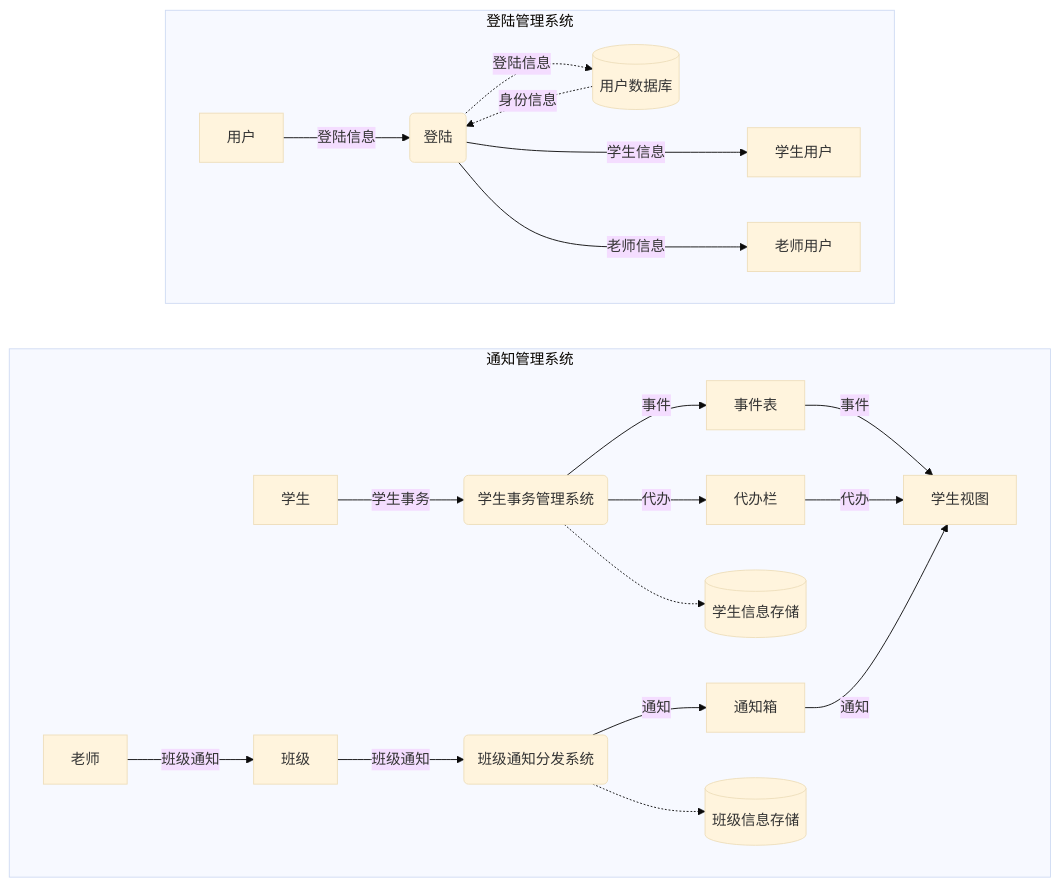
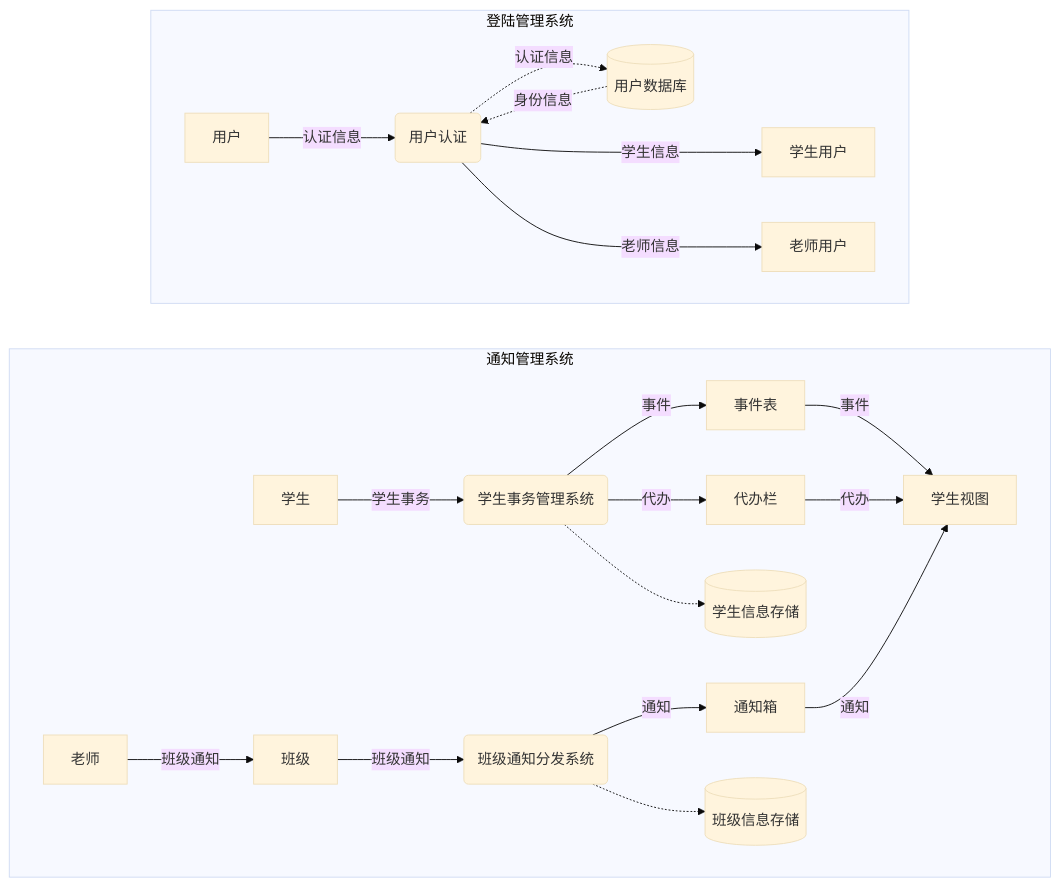
Before and after one commit to Group-Lynx/grid: the diagram in doc/need-anal/func-lv2.mmd, drawn with Mermaid (base theme).

Commit message:
更新：登陆系统

```diff
--- a/doc/need-anal/func-lv2.mmd
+++ b/doc/need-anal/func-lv2.mmd
@@ -1,48 +1,48 @@
 flowchart LR
     subgraph InfoSys["通知管理系统"]
         direction LR
 
         Student["学生"]
         Teacher["老师"]
         Class["班级"]
         StudentView["学生视图"]
         EventView["事件表"]
         TodoView["代办栏"]
         MsgView["通知箱"]
         EventDistribute("班级通知分发系统")
         EventCenter("学生事务管理系统")
         StudentDB[("学生信息存储")]
         ClassDB[("班级信息存储")]
 
         Student -->|"学生事务"| EventCenter
         EventCenter -->|"事件"| EventView
         EventCenter -->|"代办"| TodoView
 
         Teacher -->|"班级通知"| Class -->|"班级通知"| EventDistribute -->|"通知"| MsgView
 
         EventView -->|"事件"| StudentView
         TodoView -->|"代办"| StudentView
         MsgView -->|"通知"| StudentView
 
         EventCenter -.-> StudentDB
         EventDistribute -.-> ClassDB
 
     end
 
     subgraph LoginSys["登陆管理系统"]
         direction LR
 
         User["用户"]
-        Login("登陆")
+        Auth("用户认证")
         StuUser["学生用户"]
         TchUser["老师用户"]
 
         UserDB[("用户数据库")]
 
-        User -->|"登陆信息"| Login
-        Login --->|"学生信息"| StuUser
-        Login --->|"老师信息"| TchUser
+        User -->|"认证信息"| Auth
+        Auth --->|"学生信息"| StuUser
+        Auth --->|"老师信息"| TchUser
 
-        Login -.->|"登陆信息"| UserDB
-        UserDB -.->|"身份信息"| Login
+        Auth -.->|"认证信息"| UserDB
+        UserDB -.->|"身份信息"| Auth
     end
```
